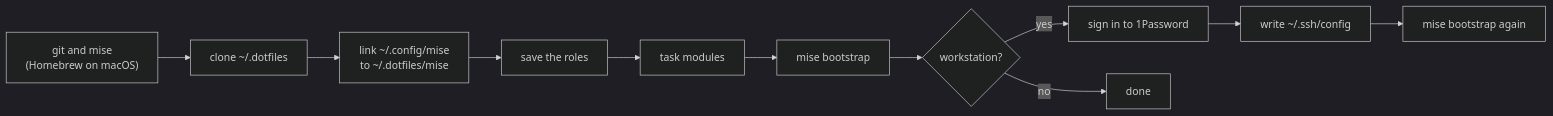
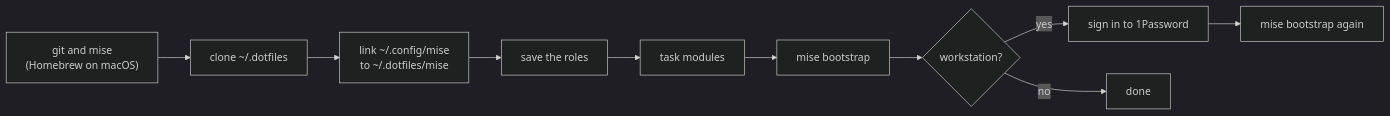
Before and after one commit to owpac/dotfiles: the first of 3 diagrams in README.md, drawn with Mermaid (dark theme). The commit also changed 2 other files, not shown here.

Commit message:
feat(agents): write the SSH config in a pre-repos hook
mise clones the repositories before it writes the dotfiles, and
[bootstrap.repos] has no depends. A pre-repos hook of the module agents
writes ~/.ssh/config and the public key of the Mac before the first
clone of owpac/prompts.

- install.sh does not write the SSH config before the second
  bootstrap.
- When the clone exists, the hook does nothing.
- On the first run, 1Password is not ready, so the hook stops the run.
  install.sh expects this failure.

````diff
--- a/README.md
+++ b/README.md
@@ -37,11 +37,11 @@
 ```mermaid
 flowchart LR
   A["git and mise<br/>(Homebrew on macOS)"] --> B[clone ~/.dotfiles]
   B --> C["link ~/.config/mise<br/>to ~/.dotfiles/mise"]
   C --> D[save the roles]
   D --> E[task modules]
   E --> F[mise bootstrap]
   F --> G{workstation?}
-  G -- yes --> H[sign in to 1Password] --> I[write ~/.ssh/config] --> J[mise bootstrap again]
+  G -- yes --> H[sign in to 1Password] --> I[mise bootstrap again]
   G -- no --> K[done]
 ```
````
